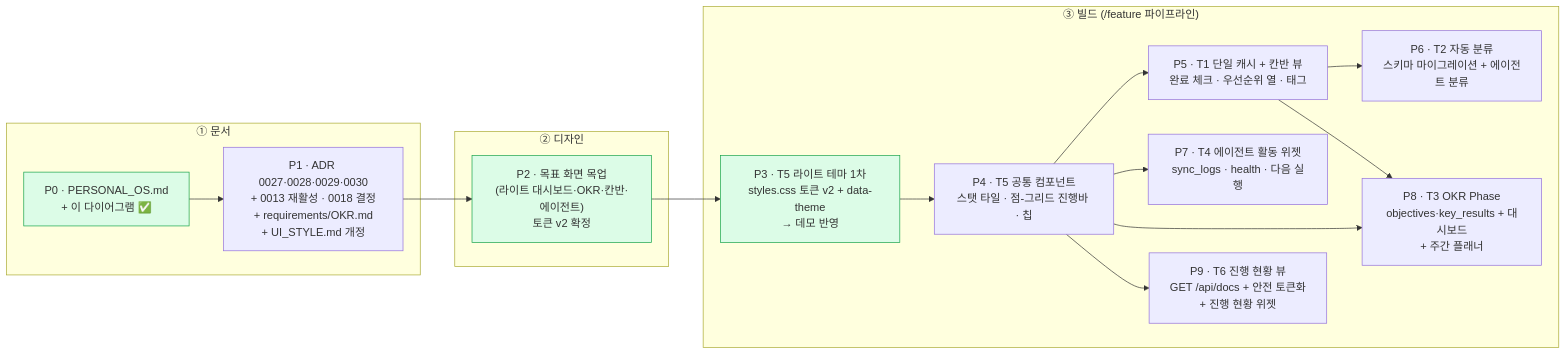
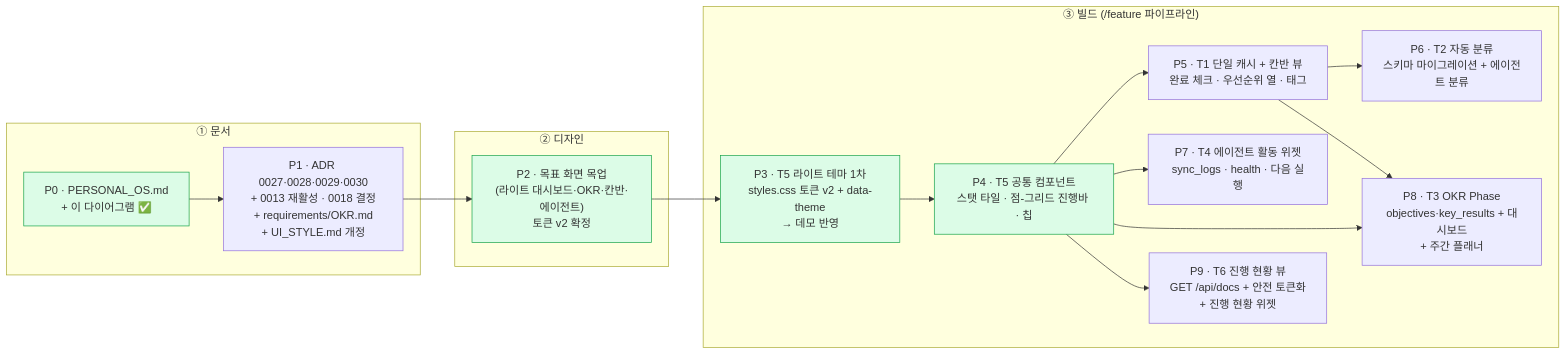
One commit to gamercross/my-setup-proj changed the diagram in docs/progress/PROGRESS.md. Above: the diagram before and after it, drawn with Mermaid. The commit also changed other lines of this file and 5 other files, not shown here.

````diff
--- a/docs/progress/PROGRESS.md
+++ b/docs/progress/PROGRESS.md
@@ -304,30 +304,31 @@
 ```mermaid
 flowchart LR
   subgraph DOC["① 문서"]
     P0["P0 · PERSONAL_OS.md<br/>+ 이 다이어그램 ✅"]
     P1["P1 · ADR 0027·0028·0029·0030<br/>+ 0013 재활성 · 0018 결정<br/>+ requirements/OKR.md<br/>+ UI_STYLE.md 개정"]
   end
   subgraph DES["② 디자인"]
     P2["P2 · 목표 화면 목업<br/>(라이트 대시보드·OKR·칸반·에이전트)<br/>토큰 v2 확정"]
   end
   subgraph BUILD["③ 빌드 (/feature 파이프라인)"]
     P3["P3 · T5 라이트 테마 1차<br/>styles.css 토큰 v2 + data-theme<br/>→ 데모 반영"]
     P4["P4 · T5 공통 컴포넌트<br/>스탯 타일 · 점-그리드 진행바 · 칩"]
     P5["P5 · T1 단일 캐시 + 칸반 뷰<br/>완료 체크 · 우선순위 열 · 태그"]
     P6["P6 · T2 자동 분류<br/>스키마 마이그레이션 + 에이전트 분류"]
     P7["P7 · T4 에이전트 활동 위젯<br/>sync_logs · health · 다음 실행"]
     P8["P8 · T3 OKR Phase<br/>objectives·key_results + 대시보드<br/>+ 주간 플래너"]
     P9["P9 · T6 진행 현황 뷰<br/>GET /api/docs + 안전 토큰화<br/>+ 진행 현황 위젯"]
   end
 
   P0 --> P1 --> P2 --> P3 --> P4
   P4 --> P5 --> P6
   P4 --> P7
   P4 --> P8
   P4 --> P9
   P5 --> P8
 
   style P0 fill:#dcfce7,stroke:#16a34a
   style P2 fill:#dcfce7,stroke:#16a34a
   style P3 fill:#dcfce7,stroke:#16a34a
+  style P4 fill:#dcfce7,stroke:#16a34a
 ```
````
